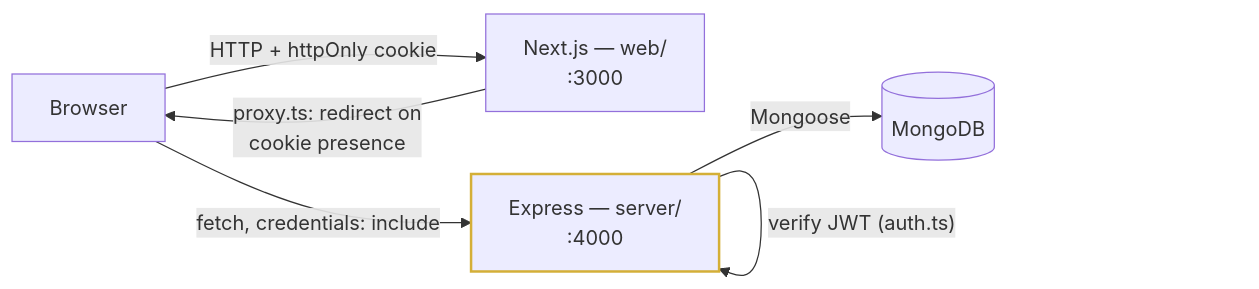
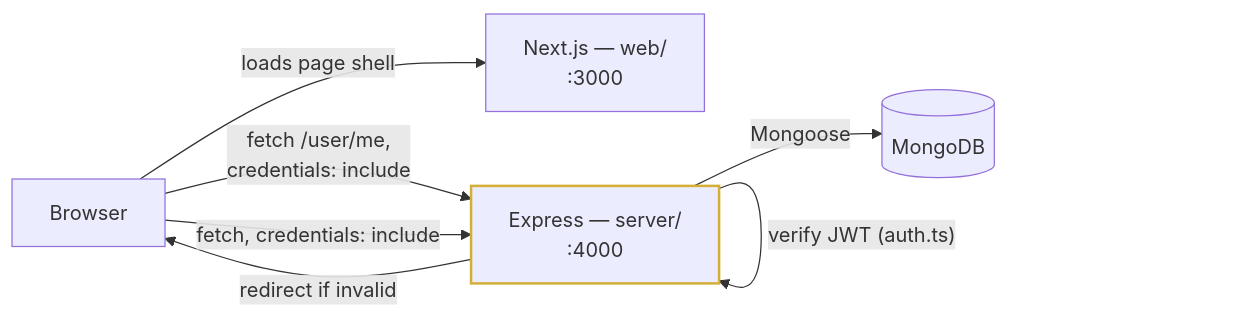
The diagram in README.md (jk-coder-2002/Apax-tech-platform), drawn with Mermaid before and after one commit. The commit also changed other lines of this file and 2 other files, not shown here.

````diff
--- a/README.md
+++ b/README.md
@@ -45,15 +45,16 @@
 ```mermaid
 flowchart LR
     Browser["Browser"]
     Next["Next.js — web/\n:3000"]
     Express["Express — server/\n:4000"]
     Mongo[("MongoDB")]
 
-    Browser -- "HTTP + httpOnly cookie" --> Next
-    Next -- "proxy.ts: redirect on\ncookie presence" --> Browser
+    Browser -- "loads page shell" --> Next
+    Browser -- "fetch /user/me,\ncredentials: include" --> Express
+    Express -- "redirect if invalid" --> Browser
     Browser -- "fetch, credentials: include" --> Express
     Express -- "verify JWT (auth.ts)" --> Express
     Express -- "Mongoose" --> Mongo
 
     style Express stroke:#D4AF37,stroke-width:2px
 ```
````
